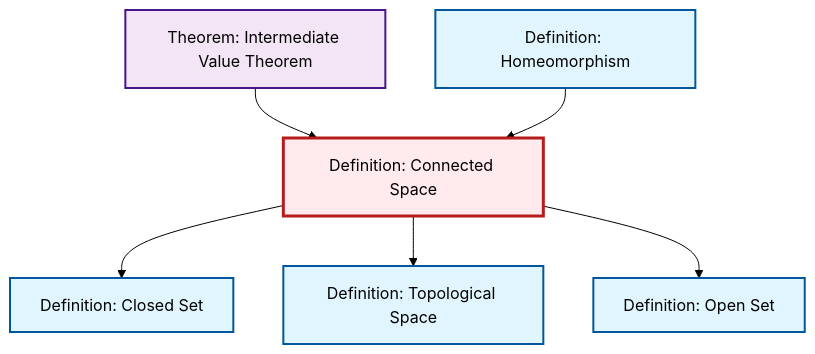
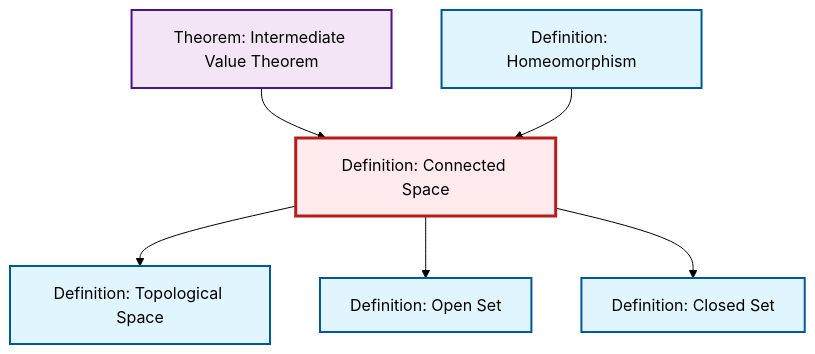
One commit to RK0429/ModernMath changed the diagram in content/ja/topology/def-connected.qmd. Above: the diagram before and after it, drawn with Mermaid (forest theme). The commit also changed other lines of this file and 615 other files, not shown here.

````diff
--- a/content/ja/topology/def-connected.qmd
+++ b/content/ja/topology/def-connected.qmd
@@ -50,26 +50,26 @@
 ```{mermaid}
 %%| fig-cap: "Local dependency graph"
 graph TD
     classDef definition fill:#e1f5fe,stroke:#01579b,stroke-width:2px
     classDef theorem fill:#f3e5f5,stroke:#4a148c,stroke-width:2px
     classDef axiom fill:#fff3e0,stroke:#e65100,stroke-width:2px
     classDef example fill:#e8f5e9,stroke:#1b5e20,stroke-width:2px
     classDef current fill:#ffebee,stroke:#b71c1c,stroke-width:3px
+    def-closed-set["Definition: Closed Set"]:::definition
     def-open-set["Definition: Open Set"]:::definition
+    thm-intermediate-value["Theorem: Intermediate Value Theorem"]:::theorem
+    def-connected["Definition: Connected Space"]:::definition
     def-homeomorphism["Definition: Homeomorphism"]:::definition
-    def-connected["Definition: Connected Space"]:::definition
-    def-closed-set["Definition: Closed Set"]:::definition
     def-topological-space["Definition: Topological Space"]:::definition
-    thm-intermediate-value["Theorem: Intermediate Value Theorem"]:::theorem
-    def-connected --> def-closed-set
     def-connected --> def-topological-space
     def-connected --> def-open-set
     thm-intermediate-value --> def-connected
+    def-connected --> def-closed-set
     def-homeomorphism --> def-connected
     class def-connected current
+    click def-closed-set "def-closed-set.html" "Definition: Closed Setへ"
     click def-open-set "def-open-set.html" "Definition: Open Setへ"
+    click thm-intermediate-value "thm-intermediate-value.html" "Theorem: Intermediate Value Theoremへ"
     click def-homeomorphism "def-homeomorphism.html" "Definition: Homeomorphismへ"
-    click def-closed-set "def-closed-set.html" "Definition: Closed Setへ"
     click def-topological-space "def-topological-space.html" "Definition: Topological Spaceへ"
-    click thm-intermediate-value "thm-intermediate-value.html" "Theorem: Intermediate Value Theoremへ"
 ```
````
